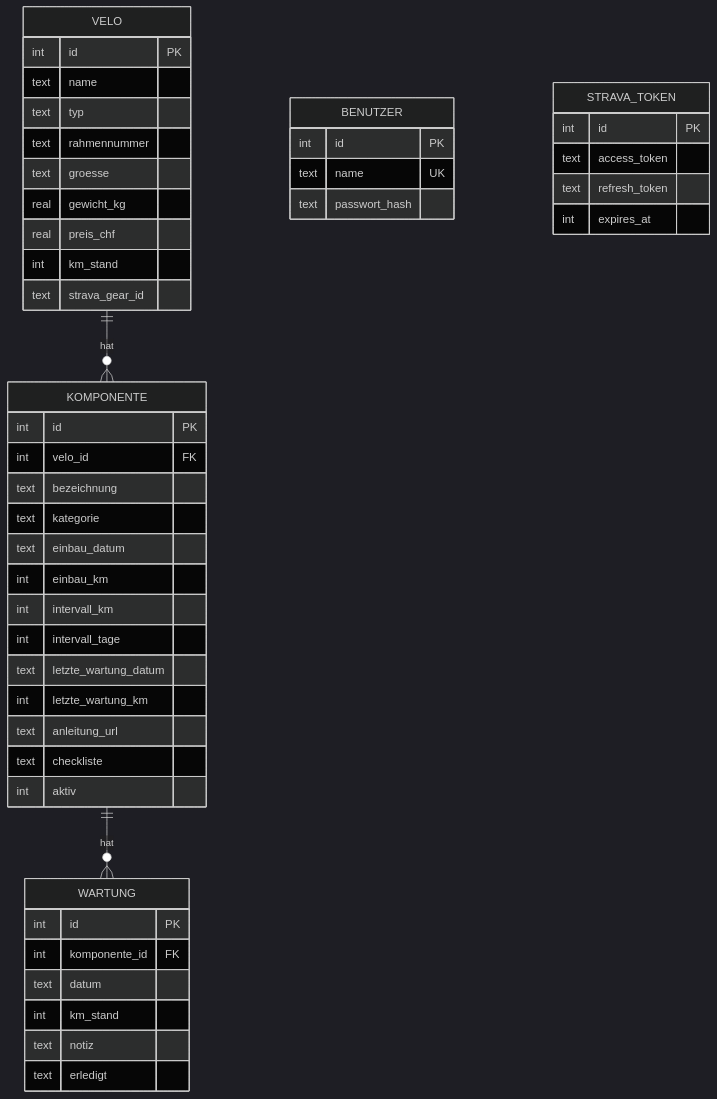
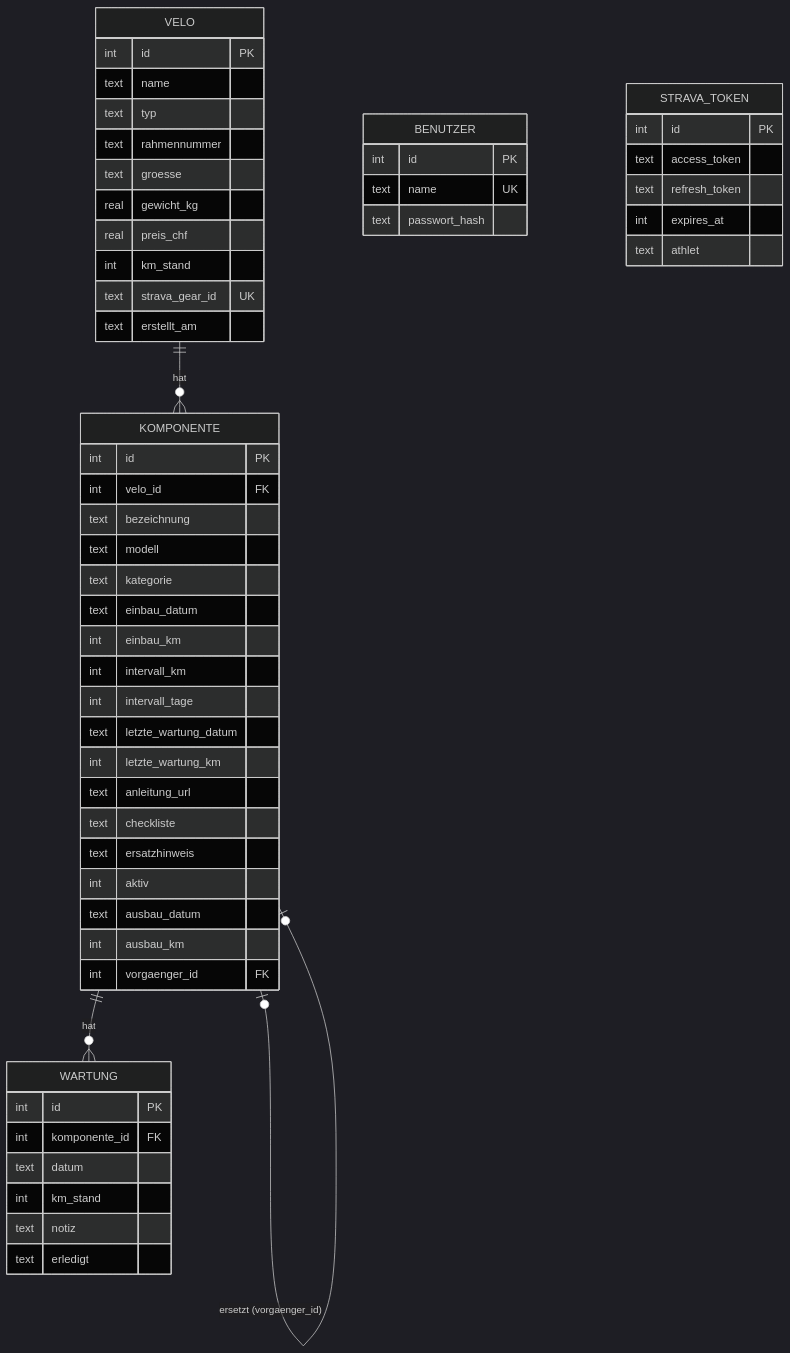
One commit to GNUEK/py_webapp_bern changed the second of 5 diagrams in docs/architektur.md. Above: the diagram before and after it, drawn with Mermaid (dark theme). The commit also changed other lines of this file and 18 other files, not shown here.

````diff
--- a/docs/architektur.md
+++ b/docs/architektur.md
@@ -59,51 +62,59 @@
 ```mermaid
 erDiagram
     VELO ||--o{ KOMPONENTE : hat
     KOMPONENTE ||--o{ WARTUNG : hat
+    KOMPONENTE |o--o| KOMPONENTE : "ersetzt (vorgaenger_id)"
 
     VELO {
         int id PK
         text name
         text typ
         text rahmennummer
         text groesse
         real gewicht_kg
         real preis_chf
         int km_stand
-        text strava_gear_id
+        text strava_gear_id UK
+        text erstellt_am
     }
     KOMPONENTE {
         int id PK
         int velo_id FK
         text bezeichnung
+        text modell
         text kategorie
         text einbau_datum
         int einbau_km
         int intervall_km
         int intervall_tage
         text letzte_wartung_datum
         int letzte_wartung_km
         text anleitung_url
         text checkliste
+        text ersatzhinweis
         int aktiv
+        text ausbau_datum
+        int ausbau_km
+        int vorgaenger_id FK
     }
     WARTUNG {
         int id PK
         int komponente_id FK
         text datum
         int km_stand
         text notiz
         text erledigt
     }
     BENUTZER {
         int id PK
         text name UK
         text passwort_hash
     }
     STRAVA_TOKEN {
         int id PK
         text access_token
         text refresh_token
         int expires_at
+        text athlet
     }
 ```
````
